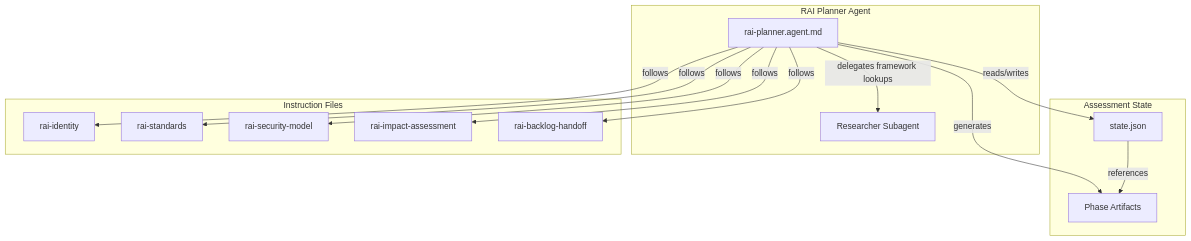
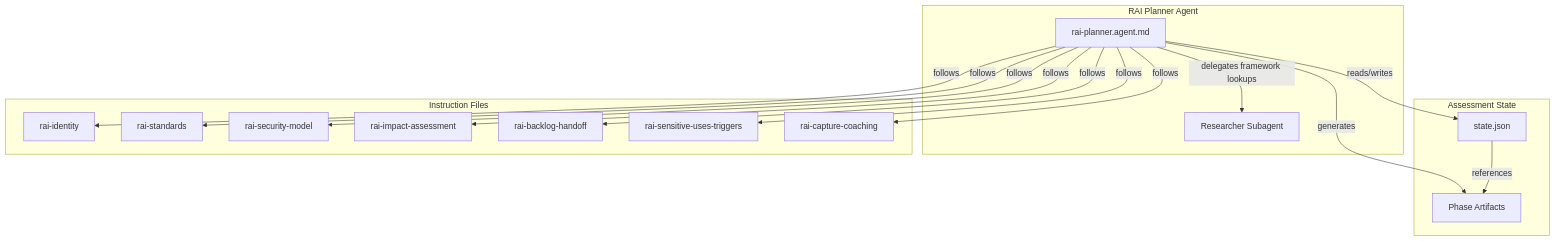
The diagram in docs/agents/rai-planning/agent-overview.md (beragowhere/hve-core-adapted), drawn with Mermaid before and after one commit. The commit also changed other lines of this file and 38 other files, not shown here.

````diff
--- a/docs/agents/rai-planning/agent-overview.md
+++ b/docs/agents/rai-planning/agent-overview.md
@@ -23,30 +23,34 @@
 ```mermaid
 flowchart TD
   subgraph Agent ["RAI Planner Agent"]
     RP["rai-planner.agent.md"]
     RS["Researcher Subagent"]
     RP -->|"delegates framework lookups"| RS
   end
 
   subgraph State ["Assessment State"]
     SJ["state.json"]
     AF["Phase Artifacts"]
     SJ -->|"references"| AF
   end
 
   subgraph Instructions ["Instruction Files"]
     I1["rai-identity"]
     I2["rai-standards"]
     I3["rai-security-model"]
     I4["rai-impact-assessment"]
     I5["rai-backlog-handoff"]
+    I6["rai-sensitive-uses-triggers"]
+    I7["rai-capture-coaching"]
   end
 
   RP -->|"reads/writes"| SJ
   RP -->|"generates"| AF
   RP -->|"follows"| I1
   RP -->|"follows"| I2
   RP -->|"follows"| I3
   RP -->|"follows"| I4
   RP -->|"follows"| I5
+  RP -->|"follows"| I6
+  RP -->|"follows"| I7
 ```
````
